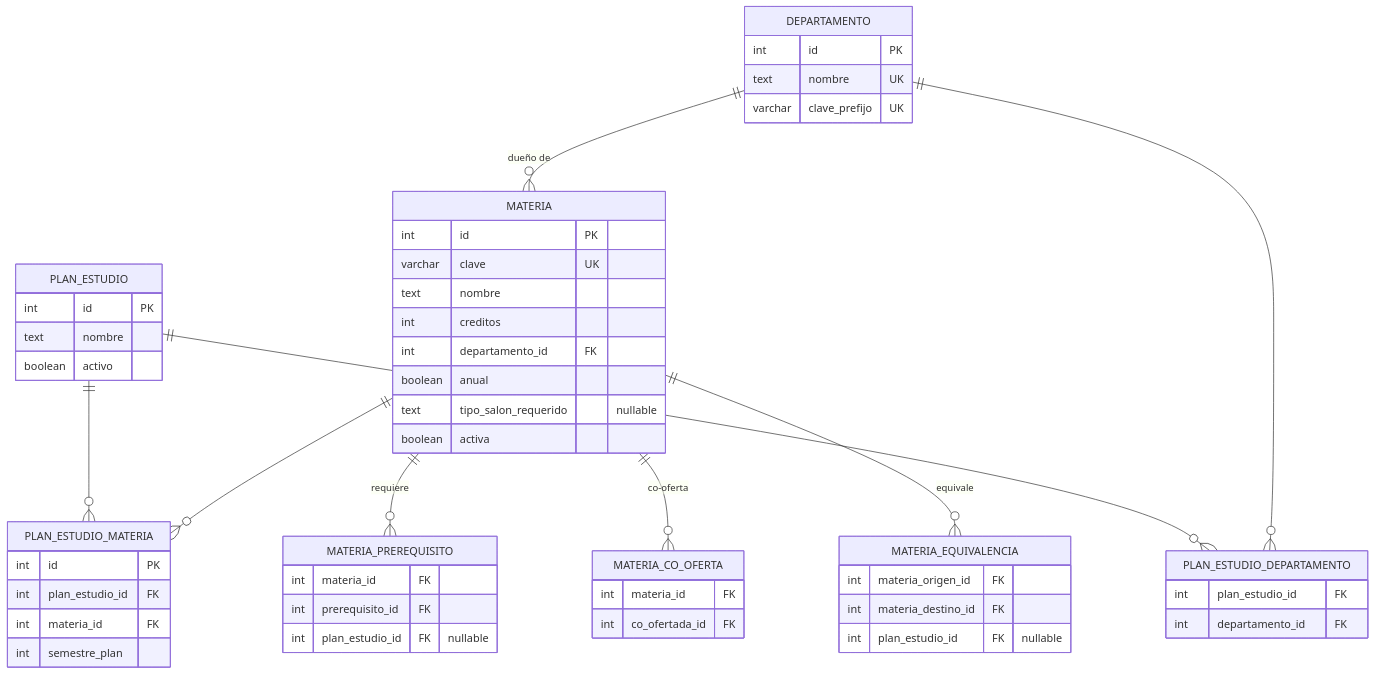
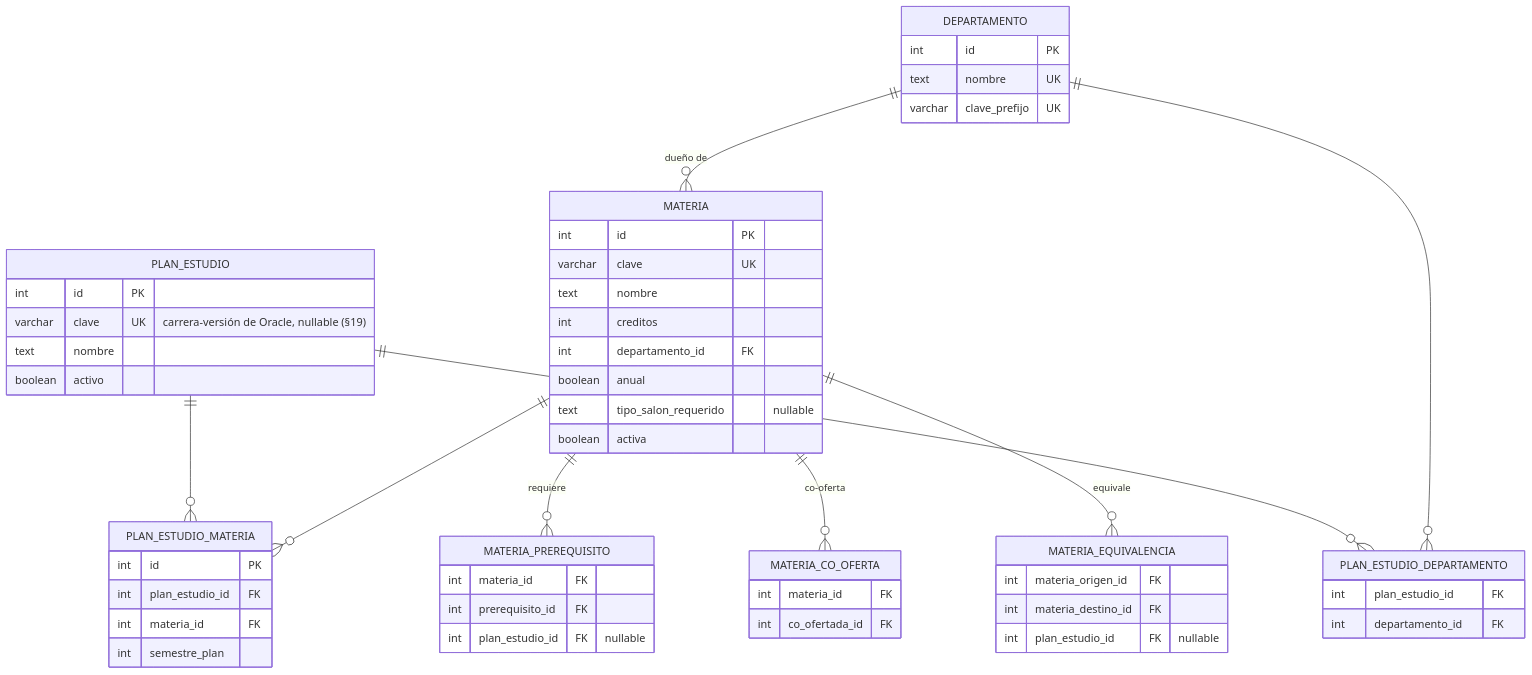
The second of 5 diagrams in bd/diagrama-er.md (PauGarza/malla-horarios-web), drawn with Mermaid before and after one commit. The commit also changed other lines of this file and 1 other file, not shown here.

First line of the commit message:
Diseño de la base: profesor sin cuenta y Profesor por asignar en §6 y en el diagrama

````diff
--- a/bd/diagrama-er.md
+++ b/bd/diagrama-er.md
@@ -81,56 +83,57 @@
 ```mermaid
 erDiagram
     DEPARTAMENTO {
         int id PK
         text nombre UK
         varchar clave_prefijo UK
     }
     PLAN_ESTUDIO {
         int id PK
+        varchar clave UK "carrera-versión de Oracle, nullable (§19)"
         text nombre
         boolean activo
     }
     PLAN_ESTUDIO_DEPARTAMENTO {
         int plan_estudio_id FK
         int departamento_id FK
     }
     MATERIA {
         int id PK
         varchar clave UK
         text nombre
         int creditos
         int departamento_id FK
         boolean anual
         text tipo_salon_requerido "nullable"
         boolean activa
     }
     PLAN_ESTUDIO_MATERIA {
         int id PK
         int plan_estudio_id FK
         int materia_id FK
         int semestre_plan
     }
     MATERIA_PREREQUISITO {
         int materia_id FK
         int prerequisito_id FK
         int plan_estudio_id FK "nullable"
     }
     MATERIA_CO_OFERTA {
         int materia_id FK
         int co_ofertada_id FK
     }
     MATERIA_EQUIVALENCIA {
         int materia_origen_id FK
         int materia_destino_id FK
         int plan_estudio_id FK "nullable"
     }
 
     DEPARTAMENTO ||--o{ MATERIA : "dueño de"
     PLAN_ESTUDIO ||--o{ PLAN_ESTUDIO_DEPARTAMENTO : ""
     DEPARTAMENTO ||--o{ PLAN_ESTUDIO_DEPARTAMENTO : ""
     PLAN_ESTUDIO ||--o{ PLAN_ESTUDIO_MATERIA : ""
     MATERIA ||--o{ PLAN_ESTUDIO_MATERIA : ""
     MATERIA ||--o{ MATERIA_PREREQUISITO : "requiere"
     MATERIA ||--o{ MATERIA_CO_OFERTA : "co-oferta"
     MATERIA ||--o{ MATERIA_EQUIVALENCIA : "equivale"
 ```
````
